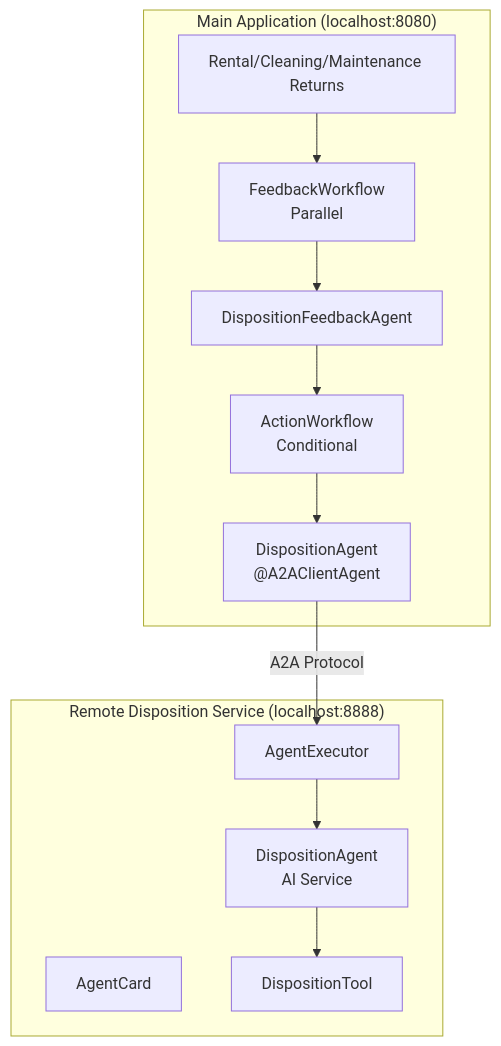
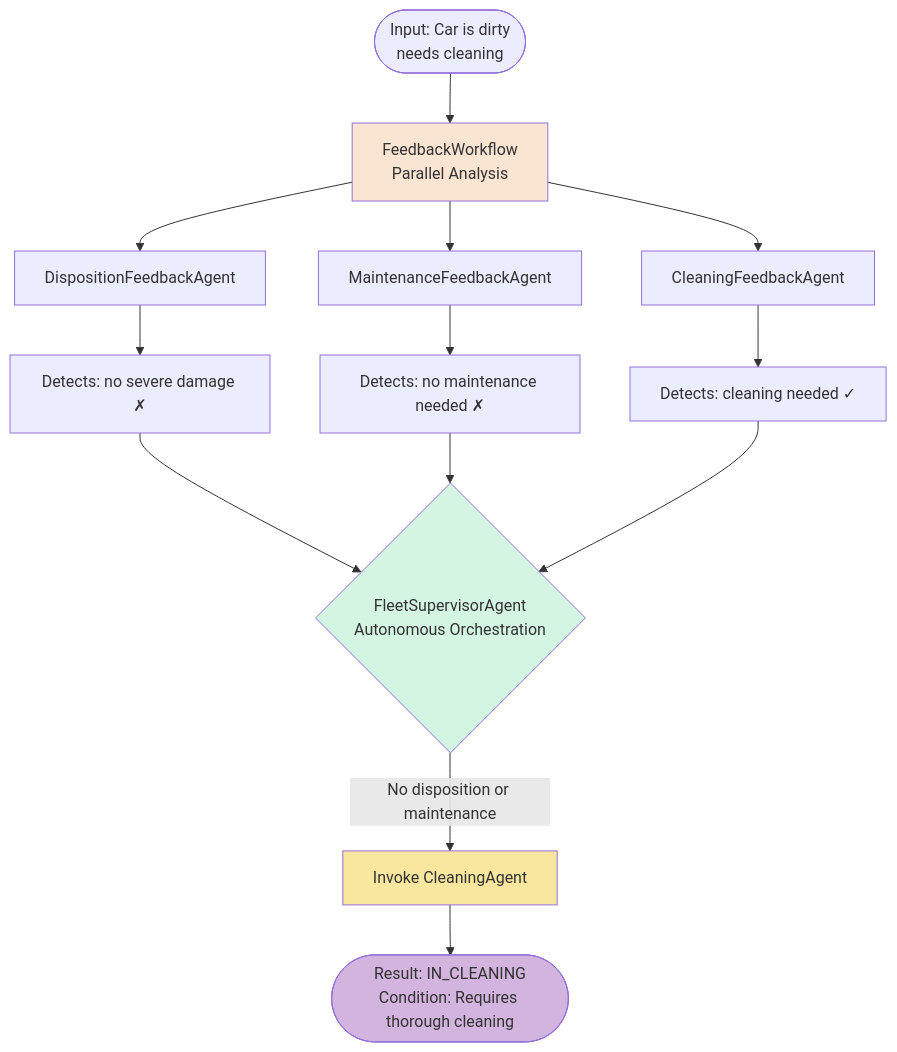
The fifth of 6 diagrams in docs/docs/section-2/step-04.md (IBM/ibm-quarkus-ai-langchain4j-workshop), drawn with Mermaid before and after one commit. The commit also changed other lines of this file and 75 other files, not shown here.

````diff
--- a/docs/docs/section-2/step-04.md
+++ b/docs/docs/section-2/step-04.md
@@ -137,28 +384,26 @@
 ```mermaid
-graph TD
-    subgraph "Main Application (localhost:8080)"
-        R[Rental/Cleaning/Maintenance Returns]
-        FW[FeedbackWorkflow<br/>Parallel]
-        DFA[DispositionFeedbackAgent]
-        AW[ActionWorkflow<br/>Conditional]
-        DAC["DispositionAgent<br/>@A2AClientAgent"]
-
-        R --> FW
-        FW --> DFA
-        DFA --> AW
-        AW --> DAC
-    end
-
-    subgraph "Remote Disposition Service (localhost:8888)"
-        AC[AgentCard]
-        AE[AgentExecutor]
-        DAI[DispositionAgent<br/>AI Service]
-        DT[DispositionTool]
-
-        AE --> DAI
-        DAI --> DT
-    end
-
-    DAC -->|A2A Protocol| AE
-
+flowchart TD
+    Start([Input: Car is dirty<br/>needs cleaning])
+    
+    Start --> FW[FeedbackWorkflow<br/>Parallel Analysis]
+    
+    FW --> DFA[DispositionFeedbackAgent]
+    FW --> MFA[MaintenanceFeedbackAgent]
+    FW --> CFA[CleaningFeedbackAgent]
+    
+    DFA --> DR[Detects: no severe damage ✗]
+    MFA --> MR[Detects: no maintenance needed ✗]
+    CFA --> CR[Detects: cleaning needed ✓]
+    
+    DR --> FSA{FleetSupervisorAgent<br/>Autonomous Orchestration}
+    MR --> FSA
+    CR --> FSA
+    
+    FSA -->|No disposition or maintenance| CA[Invoke CleaningAgent]
+    CA --> Result([Result: IN_CLEANING<br/>Condition: Requires thorough cleaning])
+    
+    style FW fill:#FAE5D3
+    style FSA fill:#D5F5E3
+    style CA fill:#F9E79F
+    style Result fill:#D2B4DE
 ```
````
